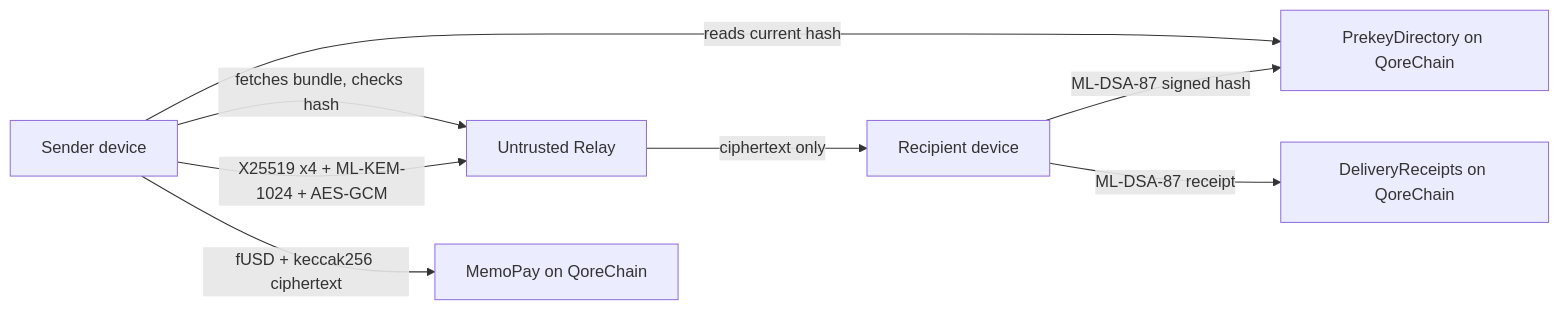
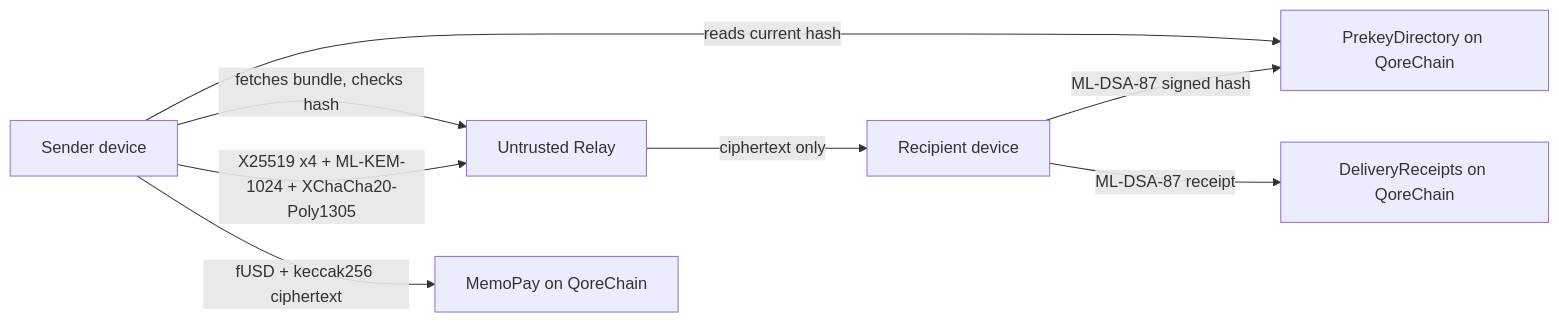
The diagram in README.md (datharnu/courier), drawn with Mermaid before and after one commit. The commit also changed other lines of this file and 13 other files, not shown here.

````diff
--- a/README.md
+++ b/README.md
@@ -62,10 +62,10 @@
 ```mermaid
 flowchart LR
     B[Recipient device] -->|ML-DSA-87 signed hash| D[PrekeyDirectory on QoreChain]
     A[Sender device] -->|reads current hash| D
     A -->|fetches bundle, checks hash| R[Untrusted Relay]
-    A -->|X25519 x4 + ML-KEM-1024 + AES-GCM| R
+    A -->|X25519 x4 + ML-KEM-1024 + XChaCha20-Poly1305| R
     R -->|ciphertext only| B
     B -->|ML-DSA-87 receipt| DR[DeliveryReceipts on QoreChain]
     A -->|fUSD + keccak256 ciphertext| MP[MemoPay on QoreChain]
 ```
````
